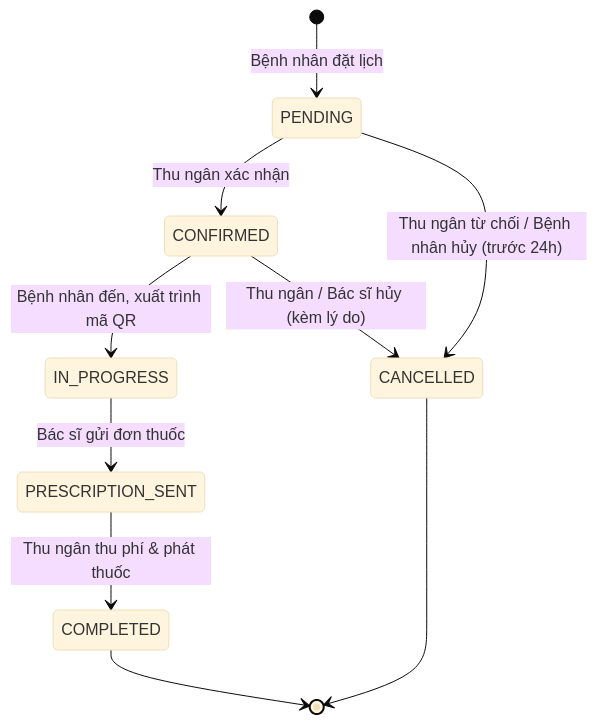
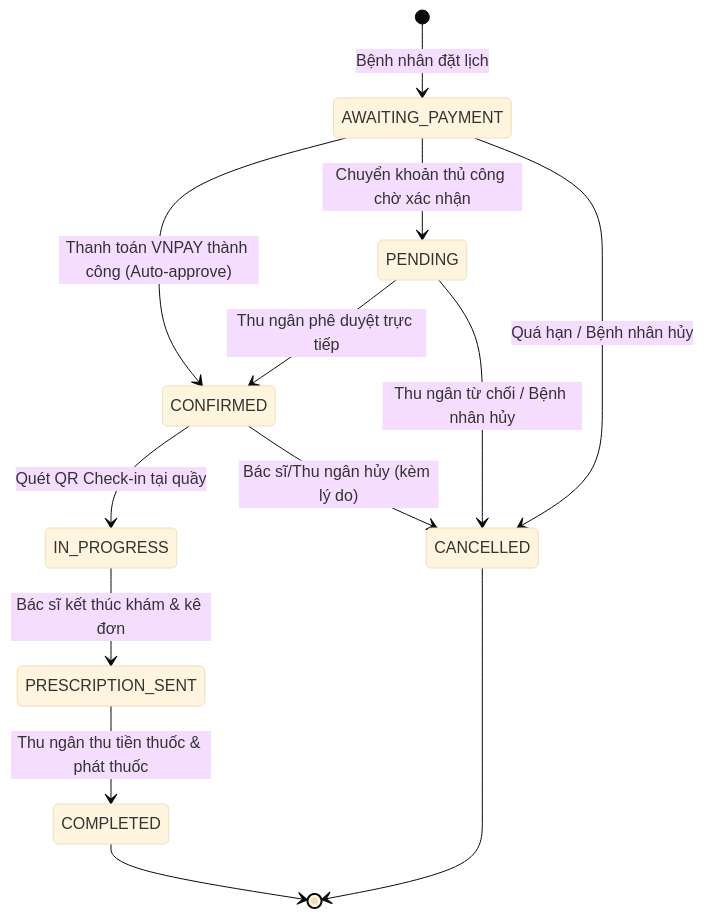
One commit to TruongTheHaiThinh/MedBook-Online-Medical-Appointment-Booking-System changed the first of 4 diagrams in TruongTheHaiThinh_project-proposal.md. Above: the diagram before and after it, drawn with Mermaid (base theme). The commit also changed other lines of this file, not shown here.

Commit message:
docs: update project proposal with final database schemas, use cases, architecture, and state machine diagrams

````diff
--- a/TruongTheHaiThinh_project-proposal.md
+++ b/TruongTheHaiThinh_project-proposal.md
@@ -115,12 +118,15 @@
 ```mermaid
 stateDiagram-v2
-    [*] --> PENDING : Bệnh nhân đặt lịch
-    PENDING --> CONFIRMED : Thu ngân xác nhận
-    PENDING --> CANCELLED : Thu ngân từ chối / Bệnh nhân hủy (trước 24h)
-    CONFIRMED --> IN_PROGRESS : Bệnh nhân đến, xuất trình mã QR
-    CONFIRMED --> CANCELLED : Thu ngân / Bác sĩ hủy (kèm lý do)
-    IN_PROGRESS --> PRESCRIPTION_SENT : Bác sĩ gửi đơn thuốc
-    PRESCRIPTION_SENT --> COMPLETED : Thu ngân thu phí & phát thuốc
+    [*] --> AWAITING_PAYMENT : Bệnh nhân đặt lịch
+    AWAITING_PAYMENT --> CONFIRMED : Thanh toán VNPAY thành công (Auto-approve)
+    AWAITING_PAYMENT --> PENDING : Chuyển khoản thủ công chờ xác nhận
+    AWAITING_PAYMENT --> CANCELLED : Quá hạn / Bệnh nhân hủy
+    PENDING --> CONFIRMED : Thu ngân phê duyệt trực tiếp
+    PENDING --> CANCELLED : Thu ngân từ chối / Bệnh nhân hủy
+    CONFIRMED --> IN_PROGRESS : Quét QR Check-in tại quầy
+    CONFIRMED --> CANCELLED : Bác sĩ/Thu ngân hủy (kèm lý do)
+    IN_PROGRESS --> PRESCRIPTION_SENT : Bác sĩ kết thúc khám & kê đơn
+    PRESCRIPTION_SENT --> COMPLETED : Thu ngân thu tiền thuốc & phát thuốc
     COMPLETED --> [*]
     CANCELLED --> [*]
 ```
````
